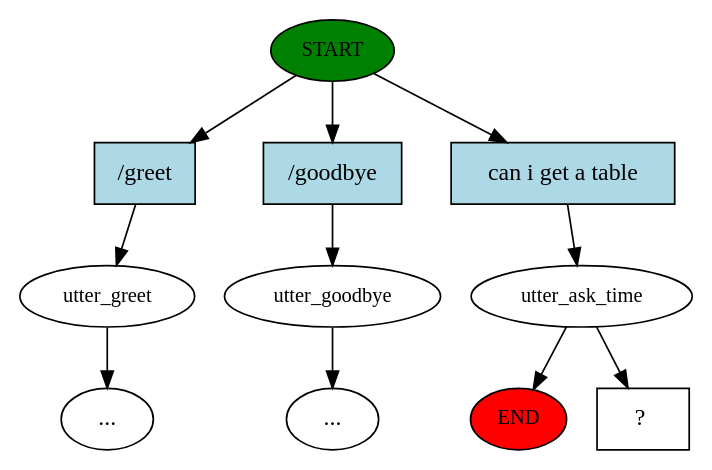
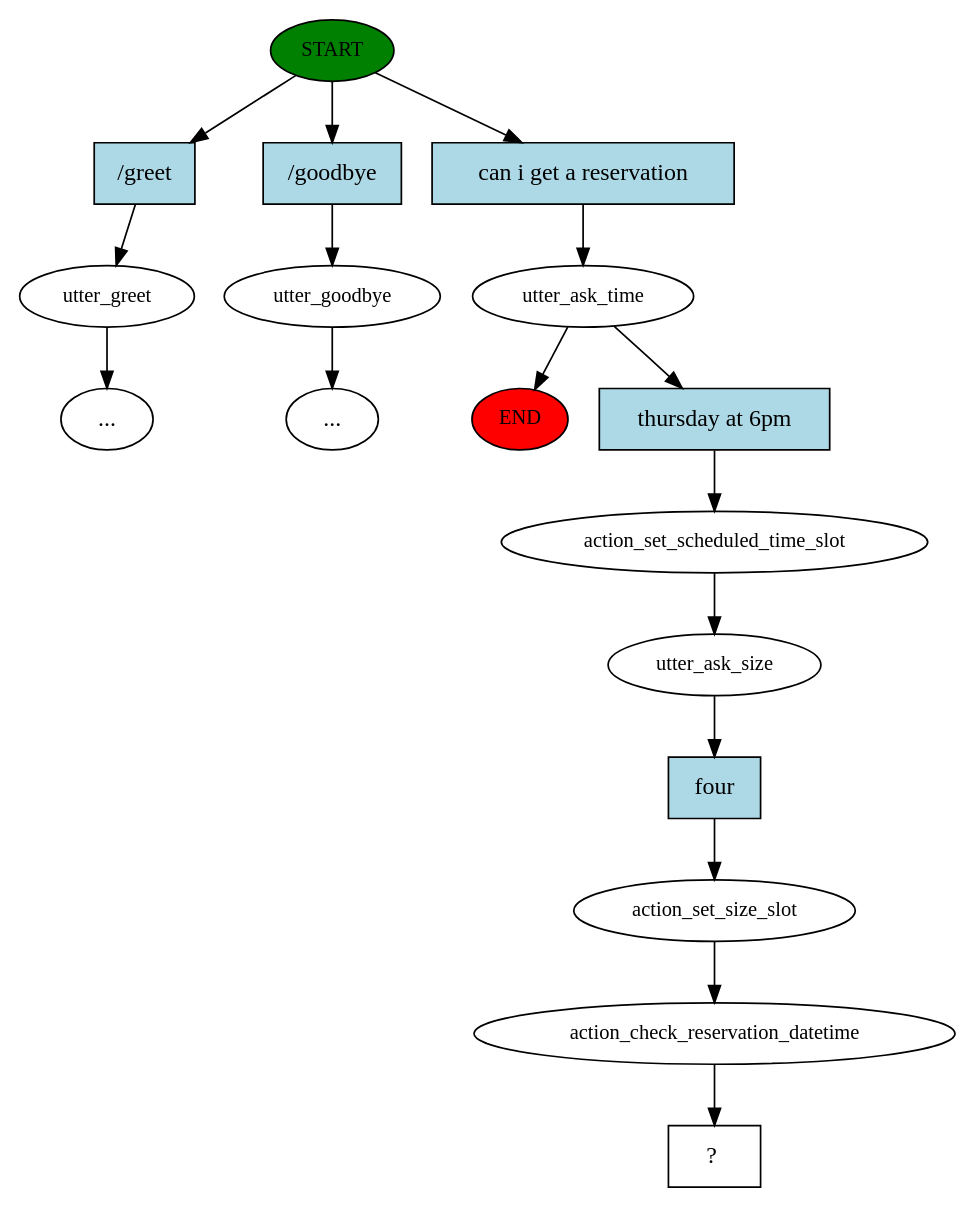
One commit to DylanRedfield/ocaptain changed the diagram in Textual/story_graph.dot. Above: the diagram before and after it, drawn with Graphviz. The commit also changed 17 other files, not shown here.

Commit message:
First flow kinda working

```diff
--- a/Textual/story_graph.dot
+++ b/Textual/story_graph.dot
@@ -1,23 +1,35 @@
 digraph  {
 0 [label=START, fillcolor=green, style=filled, fontsize=12, class="start active"];
 "-1" [label=END, fillcolor=red, style=filled, fontsize=12, class=end];
 1 [label=utter_greet, fontsize=12, class=""];
+2 [label=utter_goodbye, fontsize=12, class=""];
 "-4" [label="...", class=ellipsis];
-3 [label=utter_goodbye, fontsize=12, class=""];
 "-5" [label="...", class=ellipsis];
 4 [label=utter_ask_time, fontsize=12, class=active];
-6 [label="  ?  ", shape=rect, class="intent dashed active"];
-7 [label="/greet", shape=rect, style=filled, fillcolor=lightblue, class=intent];
-8 [label="/goodbye", shape=rect, style=filled, fillcolor=lightblue, class=intent];
-9 [label="can i get a table", shape=rect, style=filled, fillcolor=lightblue, class="intent active"];
-0 -> 7  [key=0, class=""];
-0 -> 8  [key=0, class=""];
-0 -> 9  [key=0, class=active];
-1 -> "-4"  [key=NONE, label="", class=""];
-3 -> "-5"  [key=NONE, label="", class=""];
+6 [label=action_set_scheduled_time_slot, fontsize=12, class=active];
+7 [label=utter_ask_size, fontsize=12, class=active];
+8 [label=action_set_size_slot, fontsize=12, class=active];
+9 [label=action_check_reservation_datetime, fontsize=12, class=active];
+10 [label="  ?  ", shape=rect, class="intent dashed active"];
+11 [label="/greet", shape=rect, style=filled, fillcolor=lightblue, class=intent];
+12 [label="/goodbye", shape=rect, style=filled, fillcolor=lightblue, class=intent];
+13 [label="can i get a reservation", shape=rect, style=filled, fillcolor=lightblue, class="intent active"];
+14 [label="thursday at 6pm", shape=rect, style=filled, fillcolor=lightblue, class="intent active"];
+15 [label=four, shape=rect, style=filled, fillcolor=lightblue, class="intent active"];
+0 -> 11  [key=0, class=""];
+0 -> 12  [key=0, class=""];
+0 -> 13  [key=0, class=active];
+1 -> "-5"  [key=NONE, label="", class=""];
+2 -> "-4"  [key=NONE, label="", class=""];
 4 -> "-1"  [key=NONE, label="", class=""];
-4 -> 6  [key=NONE, label="", class=active];
-7 -> 1  [key=0, class=""];
-8 -> 3  [key=0, class=""];
-9 -> 4  [key=0, class=active];
+4 -> 14  [key=0, class=active];
+6 -> 7  [key=NONE, label="", class=active];
+7 -> 15  [key=0, class=active];
+8 -> 9  [key=NONE, label="", class=active];
+9 -> 10  [key=NONE, label="", class=active];
+11 -> 1  [key=0, class=""];
+12 -> 2  [key=0, class=""];
+13 -> 4  [key=0, class=active];
+14 -> 6  [key=0, class=active];
+15 -> 8  [key=0, class=active];
 }
```
